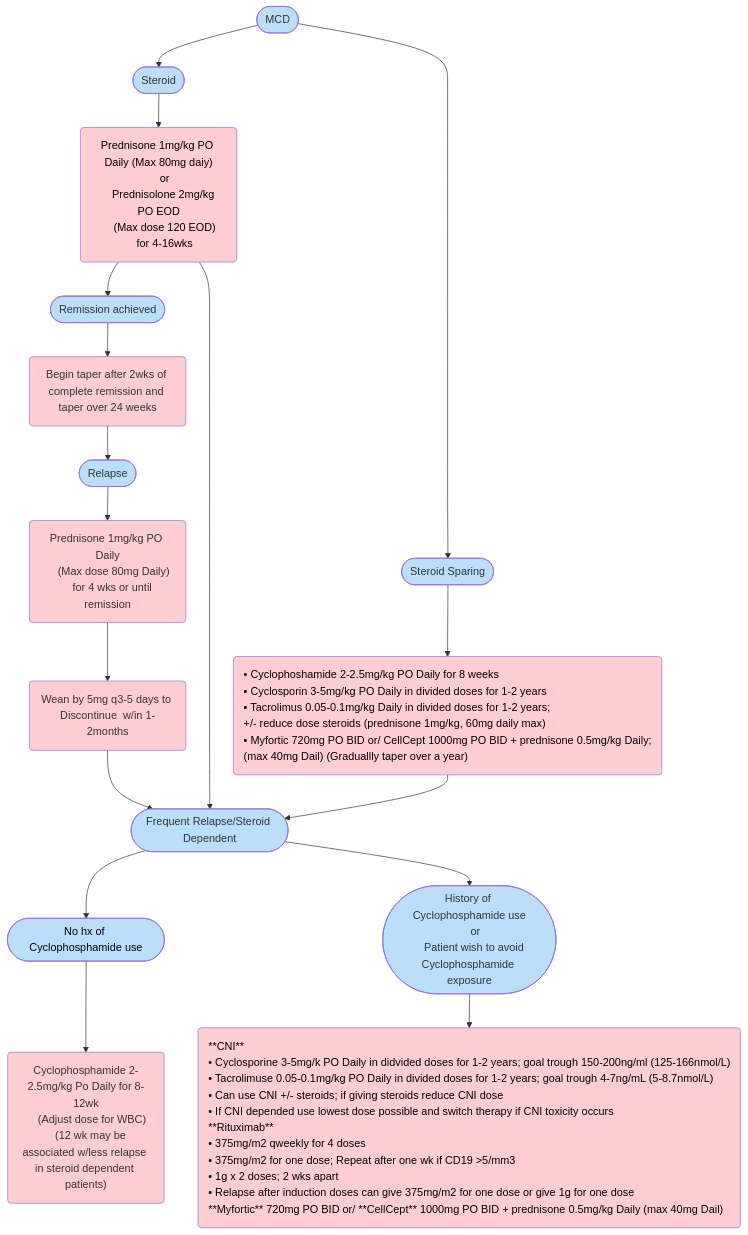
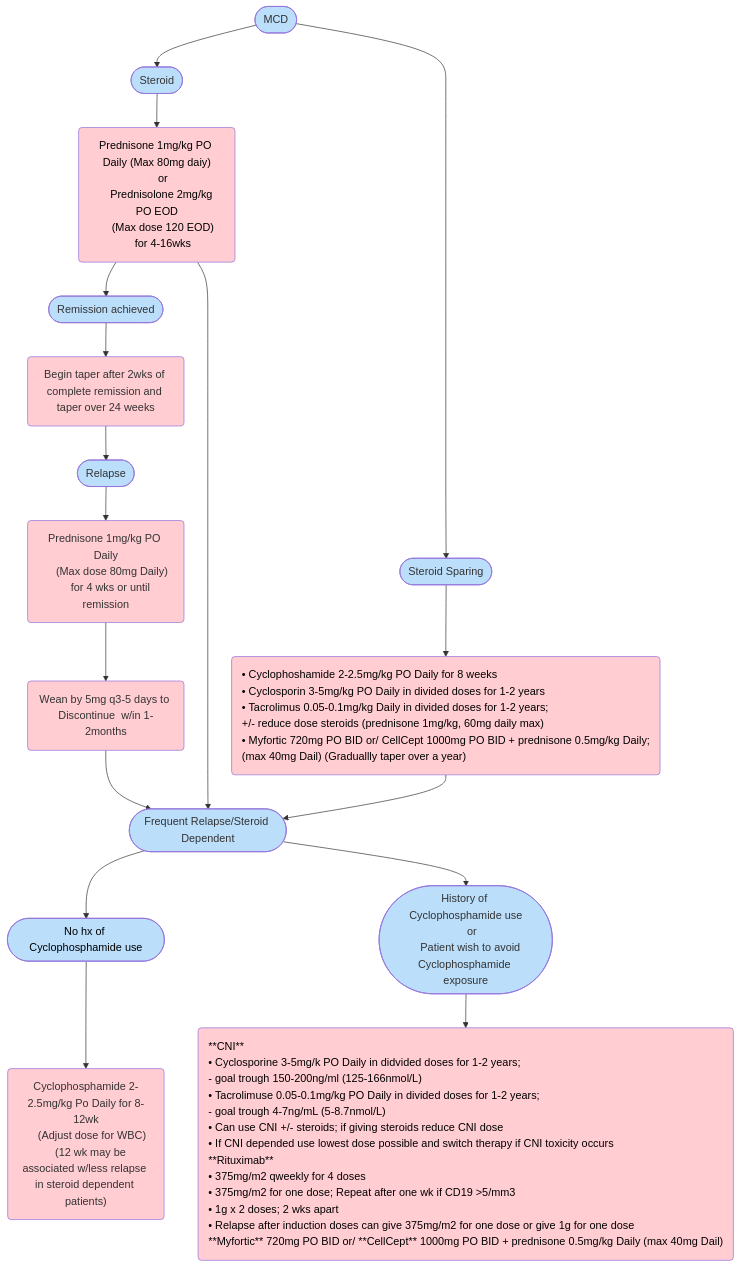
The diagram in docs/MCD.md (TTUNEPH2025/GN), drawn with Mermaid before and after one commit. The commit also changed other lines of this file, not shown here.

````diff
--- a/docs/MCD.md
+++ b/docs/MCD.md
@@ -41,64 +41,66 @@
 ```mermaid
 flowchart TB
     A(["MCD"]) --> B(["Steroid"]) & n1(["Steroid Sparing"])
     B --> C["Prednisone 1mg/kg PO Daily (Max 80mg daiy)
     or
     Prednisolone 2mg/kg PO EOD
     (Max dose 120 EOD)
     for 4-16wks"]
     C --> n2(["Remission achieved"]) & n8(["Frequent Relapse/Steroid Dependent"])
     n2 --> n3["Begin taper after 2wks of complete remission and taper over 24 weeks"]
     n3 --> n4(["Relapse"])
     n4 --> n5["Prednisone 1mg/kg PO Daily
     (Max dose 80mg Daily)
     for 4 wks or until remission"]
     n5 --> n6["Wean by 5mg q3-5 days to Discontinue  w/in 1-2months"]
     n1 --> n7["• Cyclophoshamide 2-2.5mg/kg PO Daily for 8 weeks
     • Cyclosporin 3-5mg/kg PO Daily in divided doses for 1-2 years
     • Tacrolimus 0.05-0.1mg/kg Daily in divided doses for 1-2 years;
- +/- reduce dose steroids (prednisone 1mg/kg, 60mg daily max)
+      +/- reduce dose steroids (prednisone 1mg/kg, 60mg daily max)
     • Myfortic 720mg PO BID or/ CellCept 1000mg PO BID + prednisone 0.5mg/kg Daily;
-(max 40mg Dail) (Graduallly taper over a year)"]
+      (max 40mg Dail) (Graduallly taper over a year)"]
     n7 --> n8
     n6 --> n8
     n8 --> n9(["No hx of Cyclophosphamide use"]) & n10(["History of Cyclophosphamide use
     or
     Patient wish to avoid Cyclophosphamide exposure"])
     n9 --> n11["Cyclophosphamide 2-2.5mg/kg Po Daily for 8-12wk
     (Adjust dose for WBC)
     (12 wk may be associated w/less relapse in steroid dependent patients)"]
     n10 --> n12["**CNI**
-    • Cyclosporine 3-5mg/k PO Daily in didvided doses for 1-2 years; goal trough 150-200ng/ml (125-166nmol/L)
-    • Tacrolimuse 0.05-0.1mg/kg PO Daily in divided doses for 1-2 years; goal trough 4-7ng/mL (5-8.7nmol/L)
+    • Cyclosporine 3-5mg/k PO Daily in didvided doses for 1-2 years;
+     - goal trough 150-200ng/ml (125-166nmol/L)
+    • Tacrolimuse 0.05-0.1mg/kg PO Daily in divided doses for 1-2 years;
+     - goal trough 4-7ng/mL (5-8.7nmol/L)
     • Can use CNI +/- steroids; if giving steroids reduce CNI dose
     • If CNI depended use lowest dose possible and switch therapy if CNI toxicity occurs
     **Rituximab**
     • 375mg/m2 qweekly for 4 doses
     • 375mg/m2 for one dose; Repeat after one wk if CD19 >5/mm3
     • 1g x 2 doses; 2 wks apart
     • Relapse after induction doses can give 375mg/m2 for one dose or give 1g for one dose
     **Myfortic** 720mg PO BID or/ **CellCept** 1000mg PO BID + prednisone 0.5mg/kg Daily (max 40mg Dail)"]
     C@{ shape: rounded}
     n3@{ shape: rounded}
     n5@{ shape: rounded}
     n6@{ shape: rounded}
     n7@{ shape: rounded}
     n11@{ shape: rounded}
     n12@{ shape: rounded}
     style A fill:#BBDEFB
     style B fill:#BBDEFB
     style n1 fill:#BBDEFB
     style C fill:#FFCDD2,color:#000000
     style n2 fill:#BBDEFB
     style n8 fill:#BBDEFB
     style n3 fill:#FFCDD2
     style n4 fill:#BBDEFB
     style n5 fill:#FFCDD2
     style n6 fill:#FFCDD2
     style n7 color:#000000,fill:#FFCDD2
     style n9 fill:#BBDEFB,color:#000000
     style n10 fill:#BBDEFB
     style n11 fill:#FFCDD2
     style n12 fill:#FFCDD2,color:#000000,text-align:left,white-space:nowrap
     style n7 fill:#FFCDD2,color:#000000,text-align:left,white-space:nowrap
 ```
````
